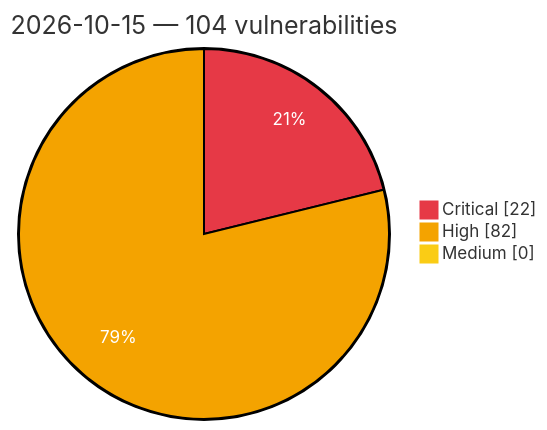
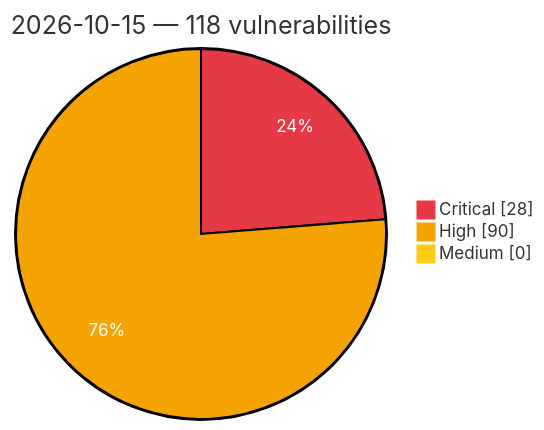
One commit to GhostX0X/vuln-tracker changed the diagram in vulnerabilities/2026/October/2026-10-15.md. Above: the diagram before and after it, drawn with Mermaid. The commit also changed other lines of this file and 5 other files, not shown here.

Commit message:
Auto update: critical/high vulns (2026-10-16 00:33 UTC)

````diff
--- a/vulnerabilities/2026/October/2026-10-15.md
+++ b/vulnerabilities/2026/October/2026-10-15.md
@@ -3,8 +3,8 @@
 ```mermaid
 %%{init: {'theme':'base', 'themeVariables': {'pie1':'#e63946', 'pie2':'#f4a300', 'pie3':'#facc15', 'pieOpacity':'1', 'pieOuterStrokeWidth':'2px', 'pieSectionTextColor':'#ffffff'}}}%%
 pie showData
-    title 2026-10-15 — 104 vulnerabilities
-    "Critical" : 22
-    "High" : 82
+    title 2026-10-15 — 118 vulnerabilities
+    "Critical" : 28
+    "High" : 90
     "Medium" : 0
 ```
````
